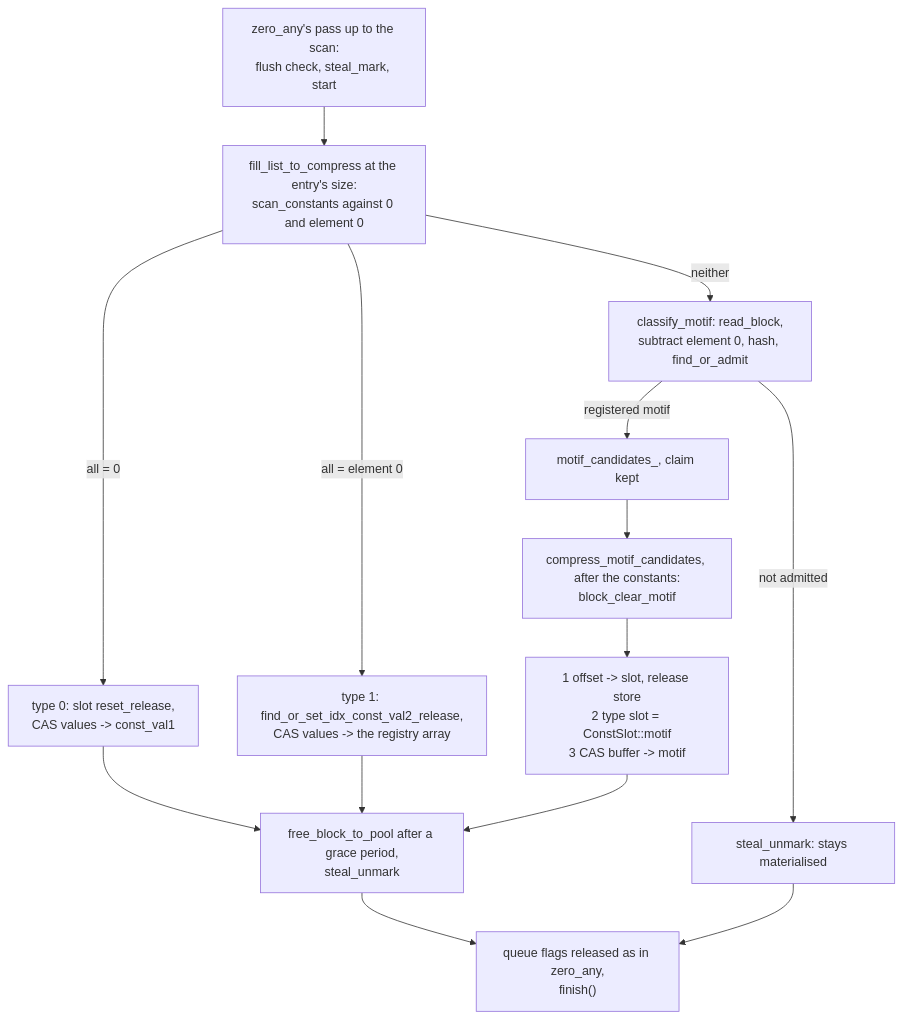
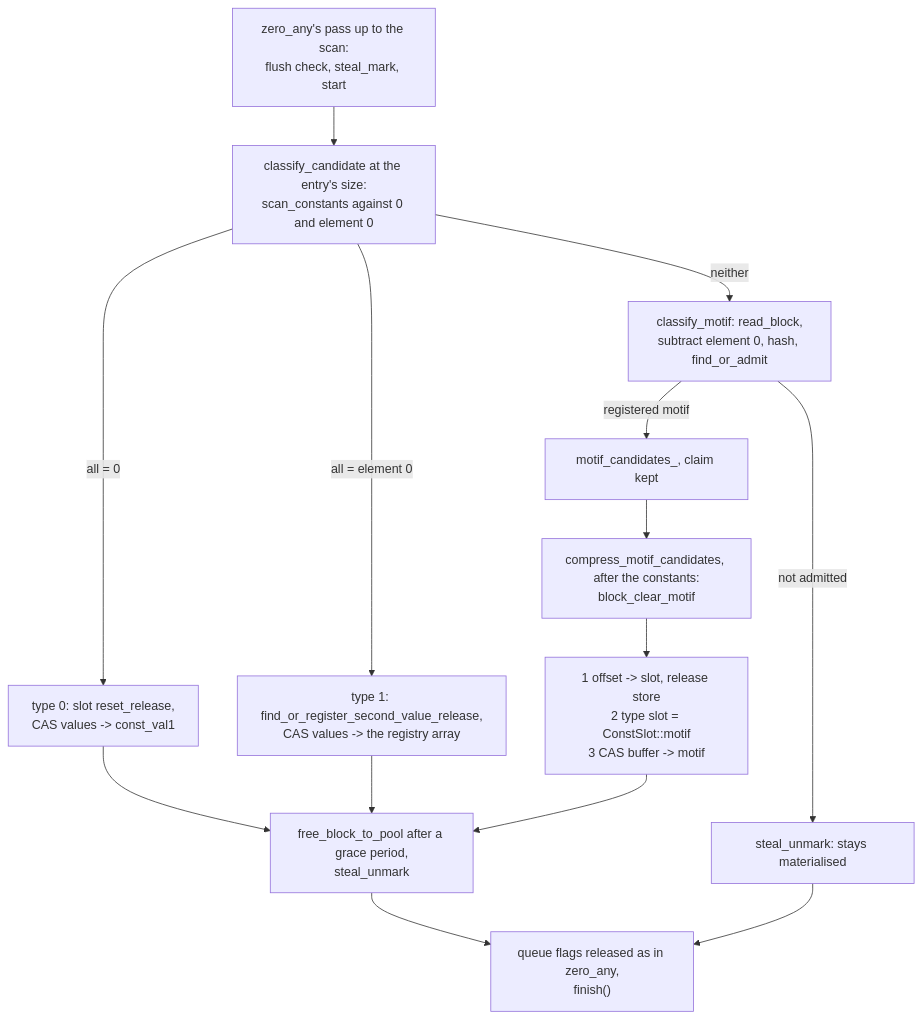
Before and after one commit to cea-hpc/shrink-array: the first of 2 diagrams in docs/algo_pattern.md, drawn with Mermaid. The commit also changed other lines of this file and 114 other files, not shown here.

````diff
--- a/docs/algo_pattern.md
+++ b/docs/algo_pattern.md
@@ -118,16 +118,16 @@
 ```mermaid
 flowchart TD
-    A["zero_any's pass up to the scan:<br/>flush check, steal_mark, start"] --> E["fill_list_to_compress at the entry's size:<br/>scan_constants against 0 and element 0"]
+    A["zero_any's pass up to the scan:<br/>flush check, steal_mark, start"] --> E["classify_candidate at the entry's size:<br/>scan_constants against 0 and element 0"]
     E -->|"all = 0"| F["type 0: slot reset_release,<br/>CAS values -> const_val1"]
-    E -->|"all = element 0"| G["type 1: find_or_set_idx_const_val2_release,<br/>CAS values -> the registry array"]
+    E -->|"all = element 0"| G["type 1: find_or_register_second_value_release,<br/>CAS values -> the registry array"]
     E -->|"neither"| M["classify_motif: read_block,<br/>subtract element 0, hash, find_or_admit"]
     M -->|"registered motif"| MC["motif_candidates_, claim kept"]
     M -->|"not admitted"| N["steal_unmark: stays materialised"]
     MC --> O["compress_motif_candidates, after the constants:<br/>block_clear_motif"]
     O --> O1["1 offset -> slot, release store<br/>2 type slot = ConstSlot::motif<br/>3 CAS buffer -> motif"]
     F --> R["free_block_to_pool after a grace period,<br/>steal_unmark"]
     G --> R
     O1 --> R
     R --> K["queue flags released as in zero_any,<br/>finish()"]
     N --> K
 ```
````
